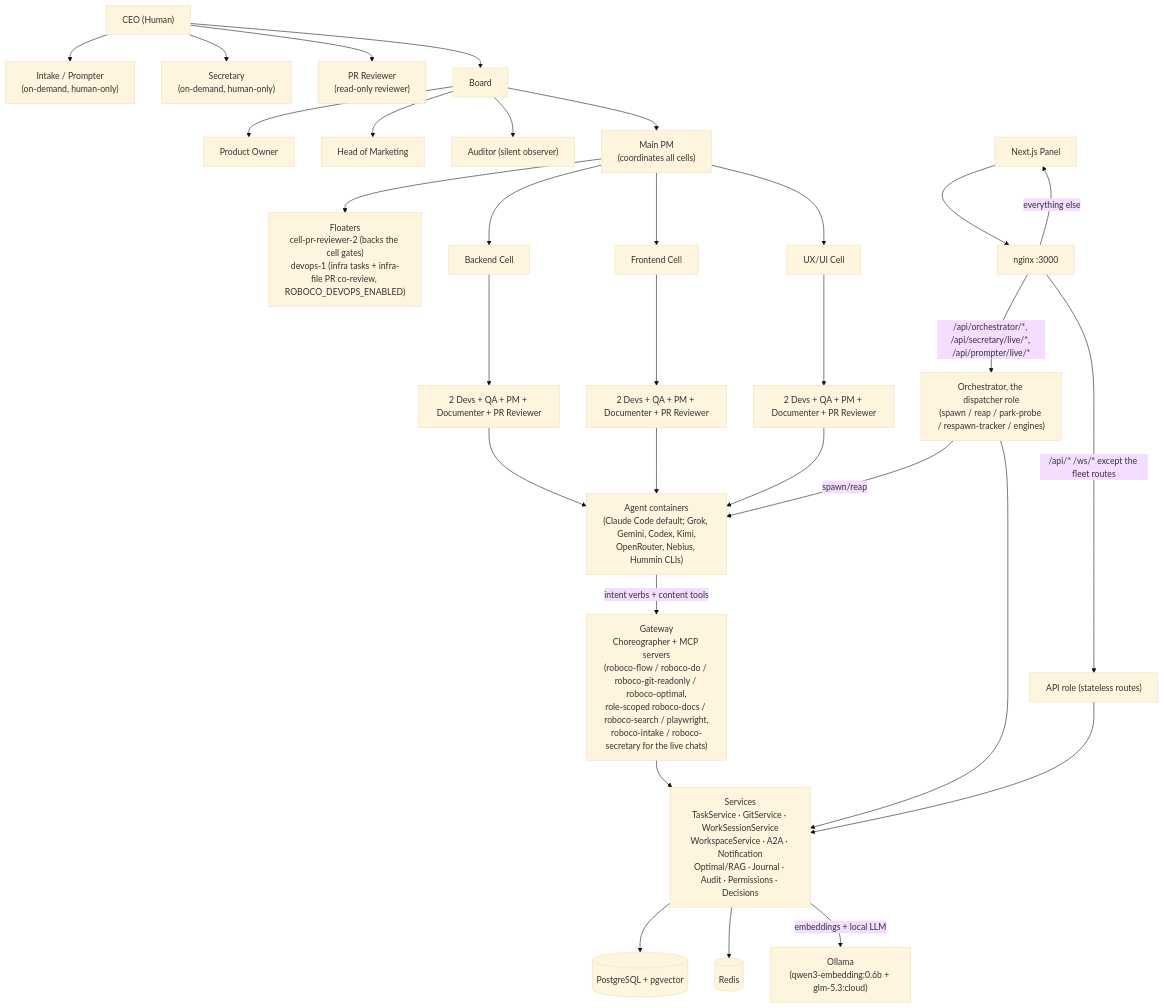
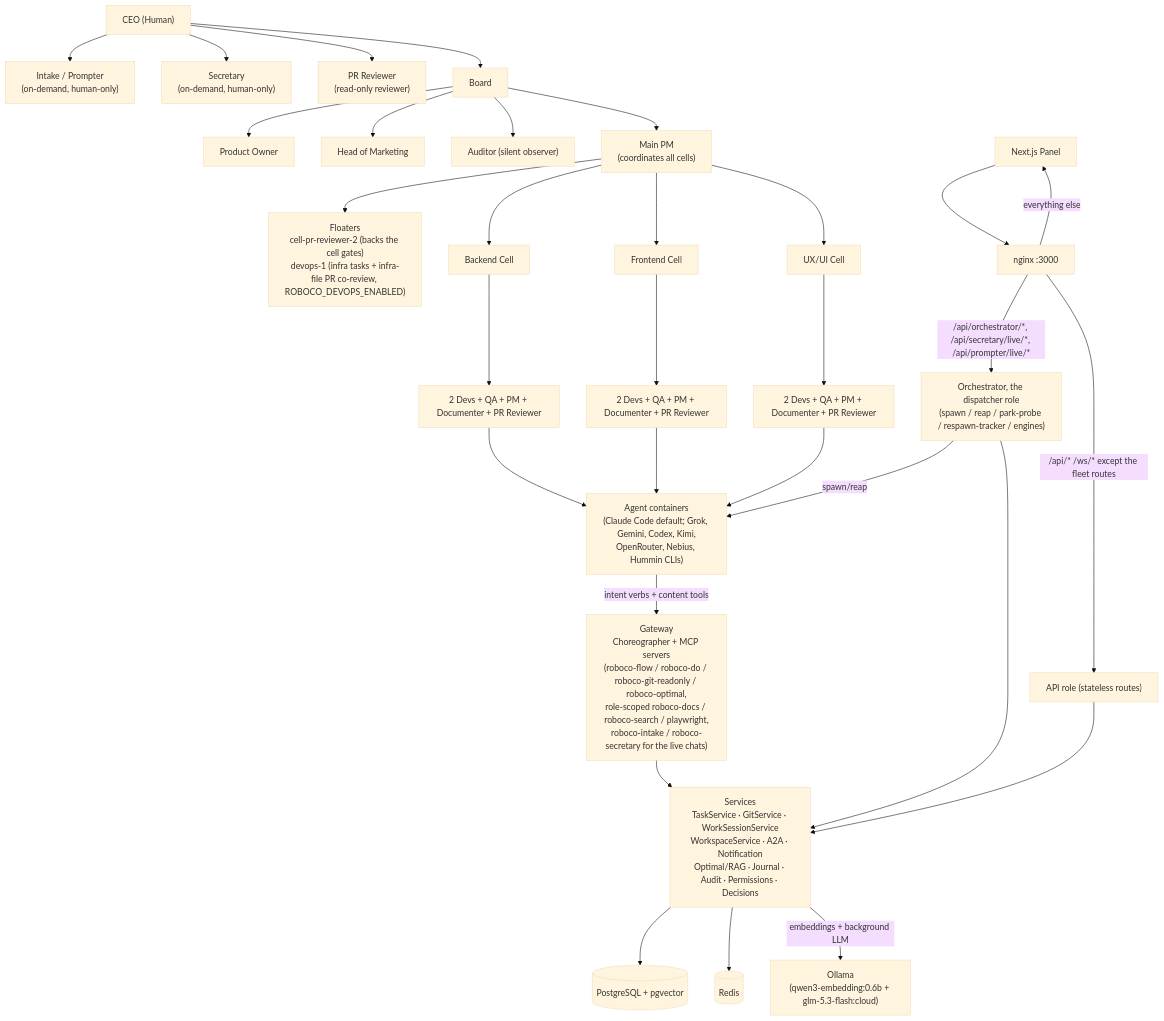
Before and after one commit to rennf93/roboco: the first of 9 diagrams in docs/map/_front.md, drawn with Mermaid (base theme). The commit also changed other lines of this file and 13 other files, not shown here.

First line of the commit message:
docs(llm): background LLM doctrine, RAG docs and codebase map

````diff
--- a/docs/map/_front.md
+++ b/docs/map/_front.md
@@ -64,70 +64,70 @@
 ```mermaid
 graph TB
     CEO["CEO (Human)"]
     Intake["Intake / Prompter<br/>(on-demand, human-only)"]
     Sec["Secretary<br/>(on-demand, human-only)"]
     PRRev["PR Reviewer<br/>(read-only reviewer)"]
 
     Board["Board"]
     PO["Product Owner"]
     HM["Head of Marketing"]
     Aud["Auditor (silent observer)"]
 
     MainPM["Main PM<br/>(coordinates all cells)"]
     Float["Floaters<br/>cell-pr-reviewer-2 (backs the cell gates)<br/>devops-1 (infra tasks + infra-file PR co-review, ROBOCO_DEVOPS_ENABLED)"]
 
     BE["Backend Cell"]
     FE["Frontend Cell"]
     UX["UX/UI Cell"]
 
     BEDev["2 Devs + QA + PM + Documenter + PR Reviewer"]
     FEDev["2 Devs + QA + PM + Documenter + PR Reviewer"]
     UXDev["2 Devs + QA + PM + Documenter + PR Reviewer"]
 
     CEO --> Intake
     CEO --> Sec
     CEO --> PRRev
     CEO --> Board
     Board --> PO
     Board --> HM
     Board --> Aud
     Board --> MainPM
     MainPM --> Float
     MainPM --> BE
     MainPM --> FE
     MainPM --> UX
     BE --> BEDev
     FE --> FEDev
     UX --> UXDev
 
     Agents["Agent containers<br/>(Claude Code default; Grok, Gemini, Codex, Kimi,<br/>OpenRouter, Nebius, Hummin CLIs)"]
     BEDev --> Agents
     FEDev --> Agents
     UXDev --> Agents
 
     GW["Gateway<br/>Choreographer + MCP servers<br/>(roboco-flow / roboco-do / roboco-git-readonly / roboco-optimal,<br/>role-scoped roboco-docs / roboco-search / playwright,<br/>roboco-intake / roboco-secretary for the live chats)"]
     Agents -->|intent verbs + content tools| GW
 
     Svcs["Services<br/>TaskService · GitService · WorkSessionService<br/>WorkspaceService · A2A · Notification<br/>Optimal/RAG · Journal · Audit · Permissions · Decisions"]
     GW --> Svcs
 
     PG[("PostgreSQL + pgvector")]
     Redis[("Redis")]
     Svcs --> PG
     Svcs --> Redis
 
     Orch["Orchestrator, the dispatcher role<br/>(spawn / reap / park-probe / respawn-tracker / engines)"]
     Orch -->|spawn/reap| Agents
     Orch --> Svcs
 
-    Ollama["Ollama<br/>(qwen3-embedding:0.6b + glm-5.3:cloud)"]
-    Svcs -->|embeddings + local LLM| Ollama
+    Ollama["Ollama<br/>(qwen3-embedding:0.6b + glm-5.3-flash:cloud)"]
+    Svcs -->|embeddings + background LLM| Ollama
 
     Panel["Next.js Panel"]
     Nginx["nginx :3000"]
     Panel --> Nginx
     Nginx -->|/api/* /ws/* except the fleet routes| API["API role (stateless routes)"]
     Nginx -->|/api/orchestrator/*, /api/secretary/live/*, /api/prompter/live/*| Orch
     API --> Svcs
     Nginx -->|everything else| Panel
 ```
````
